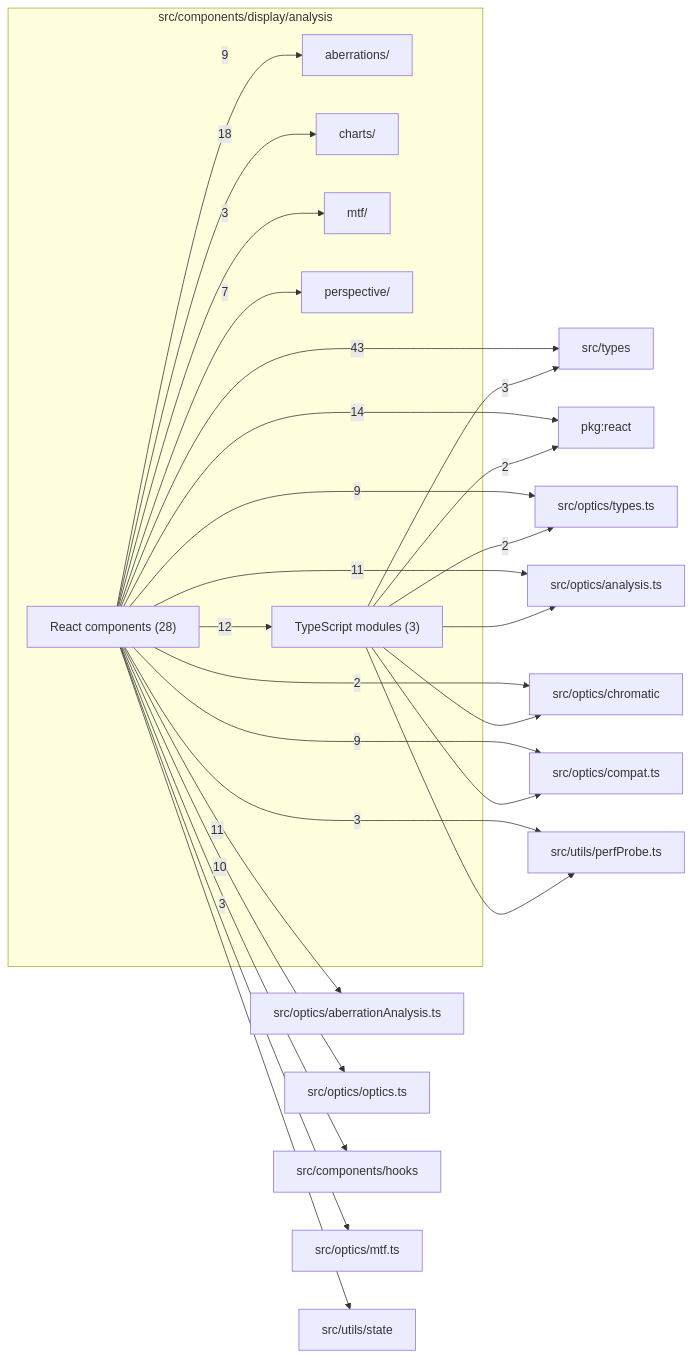
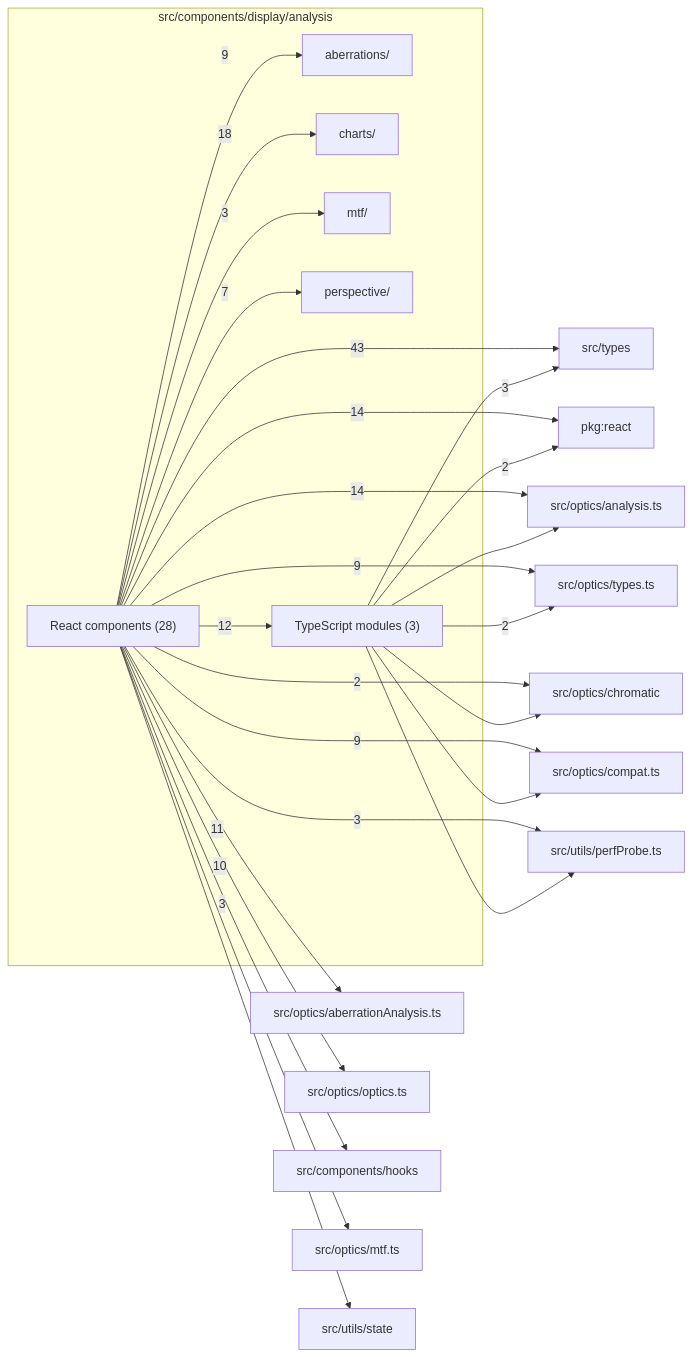
One commit to ronbuening/LensVisualizer changed the diagram in src/components/display/analysis/readme.md. Above: the diagram before and after it, drawn with Mermaid. The commit also changed other lines of this file and 20 other files, not shown here.

````diff
--- a/src/components/display/analysis/readme.md
+++ b/src/components/display/analysis/readme.md
@@ -9,47 +9,47 @@
 ```mermaid
 flowchart LR
   subgraph n_src_components_display_analysis["src/components/display/analysis"]
     n_src_components_display_analysis_src_components_display_analysis_aberrations["aberrations/"]
     n_src_components_display_analysis_src_components_display_analysis_charts["charts/"]
     n_src_components_display_analysis_src_components_display_analysis_mtf["mtf/"]
     n_src_components_display_analysis_src_components_display_analysis_perspective["perspective/"]
     n_src_components_display_analysis_React_components["React components (28)"]
     n_src_components_display_analysis_TypeScript_modules["TypeScript modules (3)"]
   end
   n_external_src_types["src/types"]
   n_external_pkg_react["pkg:react"]
+  n_external_src_optics_analysis_ts["src/optics/analysis.ts"]
   n_external_src_optics_aberrationAnalysis_ts["src/optics/aberrationAnalysis.ts"]
-  n_external_src_optics_analysis_ts["src/optics/analysis.ts"]
   n_external_src_optics_optics_ts["src/optics/optics.ts"]
   n_external_src_optics_compat_ts["src/optics/compat.ts"]
   n_external_src_optics_types_ts["src/optics/types.ts"]
   n_external_src_components_hooks["src/components/hooks"]
   n_external_src_utils_perfProbe_ts["src/utils/perfProbe.ts"]
   n_external_src_optics_chromatic["src/optics/chromatic"]
   n_external_src_optics_mtf_ts["src/optics/mtf.ts"]
   n_external_src_utils_state["src/utils/state"]
   n_src_components_display_analysis_React_components --> |43| n_external_src_types
   n_src_components_display_analysis_React_components --> |18| n_src_components_display_analysis_src_components_display_analysis_charts
   n_src_components_display_analysis_React_components --> |14| n_external_pkg_react
+  n_src_components_display_analysis_React_components --> |14| n_external_src_optics_analysis_ts
   n_src_components_display_analysis_React_components --> |12| n_src_components_display_analysis_TypeScript_modules
   n_src_components_display_analysis_React_components --> |11| n_external_src_optics_aberrationAnalysis_ts
-  n_src_components_display_analysis_React_components --> |11| n_external_src_optics_analysis_ts
   n_src_components_display_analysis_React_components --> |10| n_external_src_optics_optics_ts
   n_src_components_display_analysis_React_components --> |9| n_external_src_optics_compat_ts
   n_src_components_display_analysis_React_components --> |9| n_external_src_optics_types_ts
   n_src_components_display_analysis_React_components --> |9| n_src_components_display_analysis_src_components_display_analysis_aberrations
   n_src_components_display_analysis_React_components --> |7| n_src_components_display_analysis_src_components_display_analysis_perspective
   n_src_components_display_analysis_React_components --> |3| n_external_src_components_hooks
   n_src_components_display_analysis_TypeScript_modules --> |3| n_external_src_types
   n_src_components_display_analysis_React_components --> |3| n_external_src_utils_perfProbe_ts
   n_src_components_display_analysis_React_components --> |3| n_src_components_display_analysis_src_components_display_analysis_mtf
   n_src_components_display_analysis_TypeScript_modules --> |2| n_external_pkg_react
   n_src_components_display_analysis_React_components --> |2| n_external_src_optics_chromatic
   n_src_components_display_analysis_TypeScript_modules --> |2| n_external_src_optics_types_ts
   n_src_components_display_analysis_TypeScript_modules --> n_external_src_optics_analysis_ts
   n_src_components_display_analysis_TypeScript_modules --> n_external_src_optics_chromatic
   n_src_components_display_analysis_TypeScript_modules --> n_external_src_optics_compat_ts
   n_src_components_display_analysis_React_components --> n_external_src_optics_mtf_ts
   n_src_components_display_analysis_TypeScript_modules --> n_external_src_utils_perfProbe_ts
   n_src_components_display_analysis_React_components --> n_external_src_utils_state
 ```
````
